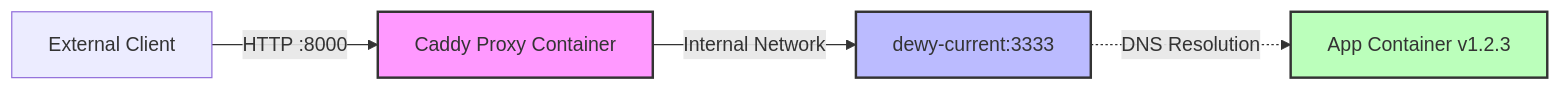
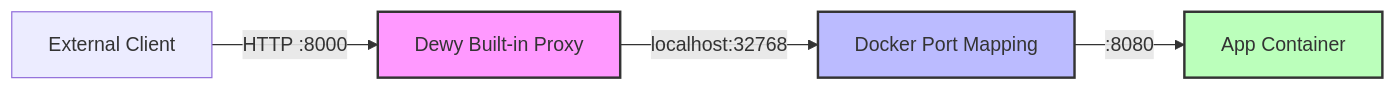
Before and after one commit to linyows/dewy: the third of 5 diagrams in docs/pages/deployment-workflow.md, drawn with Mermaid. The commit also changed other lines of this file and 1 other file, not shown here.

First line of the commit message:
Update deployment workflow docs to reflect built-in proxy architecture

````diff
--- a/docs/pages/deployment-workflow.md
+++ b/docs/pages/deployment-workflow.md
@@ -531,10 +536,10 @@
 ```mermaid
 graph LR
-    Client[External Client] -->|HTTP :8000| Proxy[Caddy Proxy Container]
-    Proxy -->|Internal Network| Alias[dewy-current:3333]
-    Alias -.->|DNS Resolution| App1[App Container v1.2.3]
+    Client[External Client] -->|HTTP :8000| Proxy[Dewy Built-in Proxy]
+    Proxy -->|localhost:32768| Docker[Docker Port Mapping]
+    Docker -->|:8080| Container[App Container]
 
     style Proxy fill:#f9f,stroke:#333,stroke-width:2px
-    style Alias fill:#bbf,stroke:#333,stroke-width:2px
-    style App1 fill:#bfb,stroke:#333,stroke-width:2px
+    style Docker fill:#bbf,stroke:#333,stroke-width:2px
+    style Container fill:#bfb,stroke:#333,stroke-width:2px
 ```
````
